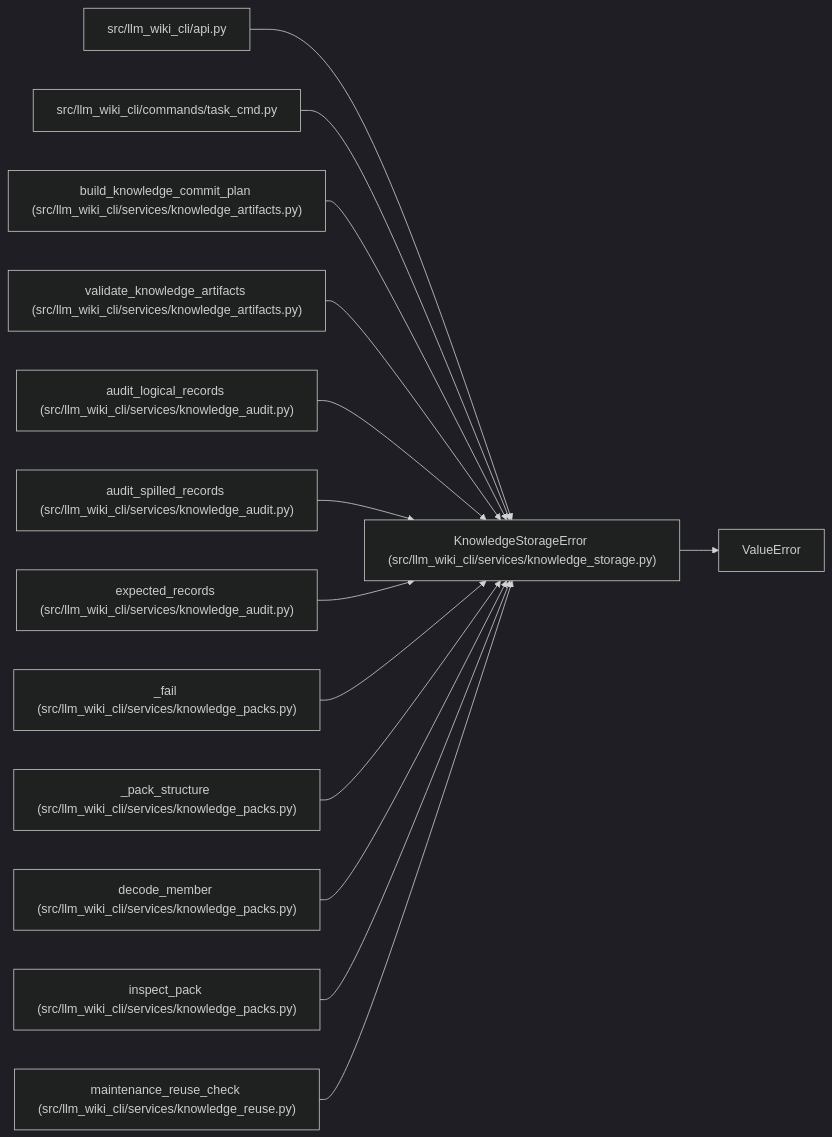
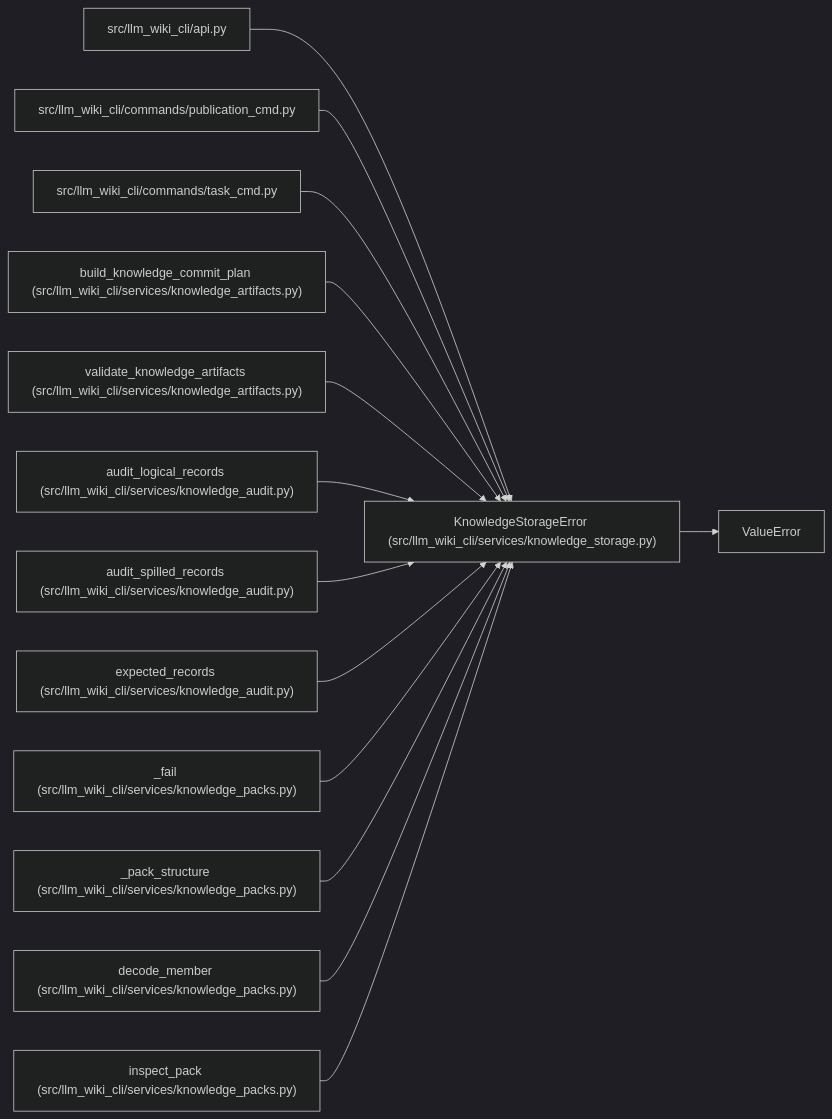
One commit to Denissvgn/python-wiki-llm changed the diagram in docs/llm_wiki/entities/KnowledgeStorageError.md. Above: the diagram before and after it, drawn with Mermaid (dark theme). The commit also changed other lines of this file and 479 other files, not shown here.

````diff
--- a/docs/llm_wiki/entities/KnowledgeStorageError.md
+++ b/docs/llm_wiki/entities/KnowledgeStorageError.md
@@ -25,43 +25,43 @@
 ```mermaid
 flowchart LR
     n0["KnowledgeStorageError (src/llm_wiki_cli/services/knowledge_storage.py)"]
     n1["ValueError"]
     n2["src/llm_wiki_cli/api.py"]
-    n3["src/llm_wiki_cli/commands/task_cmd.py"]
-    n4["build_knowledge_commit_plan (src/llm_wiki_cli/services/knowledge_artifacts.py)"]
-    n5["validate_knowledge_artifacts (src/llm_wiki_cli/services/knowledge_artifacts.py)"]
-    n6["audit_logical_records (src/llm_wiki_cli/services/knowledge_audit.py)"]
-    n7["audit_spilled_records (src/llm_wiki_cli/services/knowledge_audit.py)"]
-    n8["expected_records (src/llm_wiki_cli/services/knowledge_audit.py)"]
-    n9["_fail (src/llm_wiki_cli/services/knowledge_packs.py)"]
-    n10["_pack_structure (src/llm_wiki_cli/services/knowledge_packs.py)"]
-    n11["decode_member (src/llm_wiki_cli/services/knowledge_packs.py)"]
-    n12["inspect_pack (src/llm_wiki_cli/services/knowledge_packs.py)"]
-    n13["maintenance_reuse_check (src/llm_wiki_cli/services/knowledge_reuse.py)"]
+    n3["src/llm_wiki_cli/commands/publication_cmd.py"]
+    n4["src/llm_wiki_cli/commands/task_cmd.py"]
+    n5["build_knowledge_commit_plan (src/llm_wiki_cli/services/knowledge_artifacts.py)"]
+    n6["validate_knowledge_artifacts (src/llm_wiki_cli/services/knowledge_artifacts.py)"]
+    n7["audit_logical_records (src/llm_wiki_cli/services/knowledge_audit.py)"]
+    n8["audit_spilled_records (src/llm_wiki_cli/services/knowledge_audit.py)"]
+    n9["expected_records (src/llm_wiki_cli/services/knowledge_audit.py)"]
+    n10["_fail (src/llm_wiki_cli/services/knowledge_packs.py)"]
+    n11["_pack_structure (src/llm_wiki_cli/services/knowledge_packs.py)"]
+    n12["decode_member (src/llm_wiki_cli/services/knowledge_packs.py)"]
+    n13["inspect_pack (src/llm_wiki_cli/services/knowledge_packs.py)"]
     n0 --> n1
     n2 --> n0
     n3 --> n0
     n4 --> n0
     n5 --> n0
     n6 --> n0
     n7 --> n0
     n8 --> n0
     n9 --> n0
     n10 --> n0
     n11 --> n0
     n12 --> n0
     n13 --> n0
     click n0 "../modules/knowledge_storage.md"
     click n2 "../modules/api.md"
-    click n3 "../modules/task_cmd.md"
-    click n4 "../modules/knowledge_artifacts.md"
+    click n3 "../modules/publication_cmd.md"
+    click n4 "../modules/task_cmd.md"
     click n5 "../modules/knowledge_artifacts.md"
-    click n6 "../modules/knowledge_audit.md"
+    click n6 "../modules/knowledge_artifacts.md"
     click n7 "../modules/knowledge_audit.md"
     click n8 "../modules/knowledge_audit.md"
-    click n9 "../modules/knowledge_packs.md"
+    click n9 "../modules/knowledge_audit.md"
     click n10 "../modules/knowledge_packs.md"
     click n11 "../modules/knowledge_packs.md"
     click n12 "../modules/knowledge_packs.md"
-    click n13 "../modules/knowledge_reuse.md"
+    click n13 "../modules/knowledge_packs.md"
 ```
````
